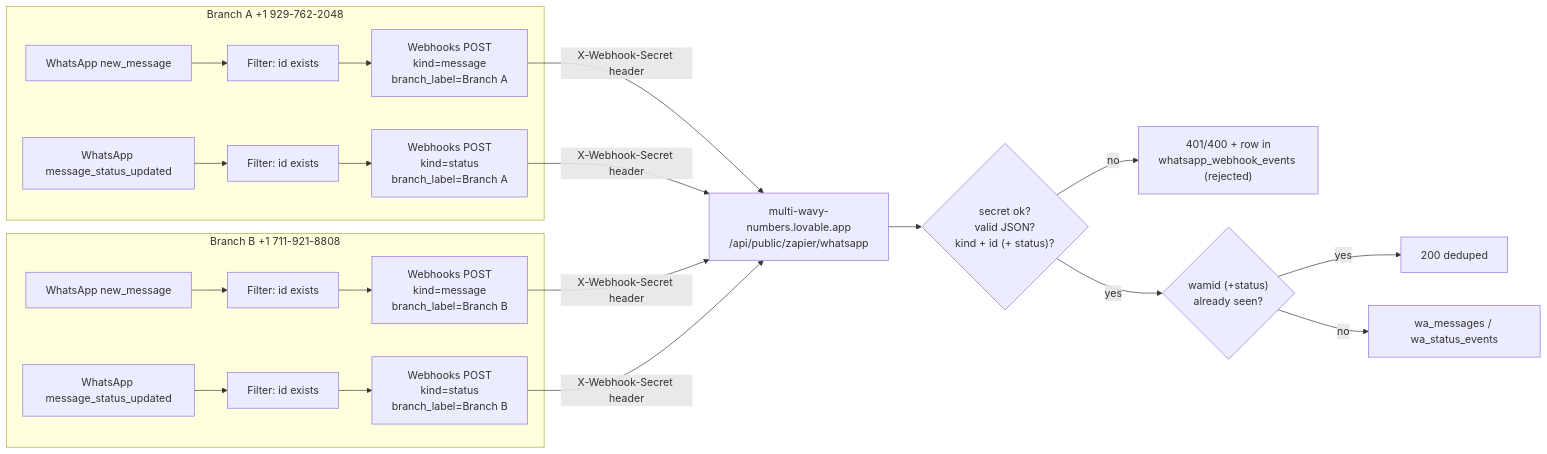
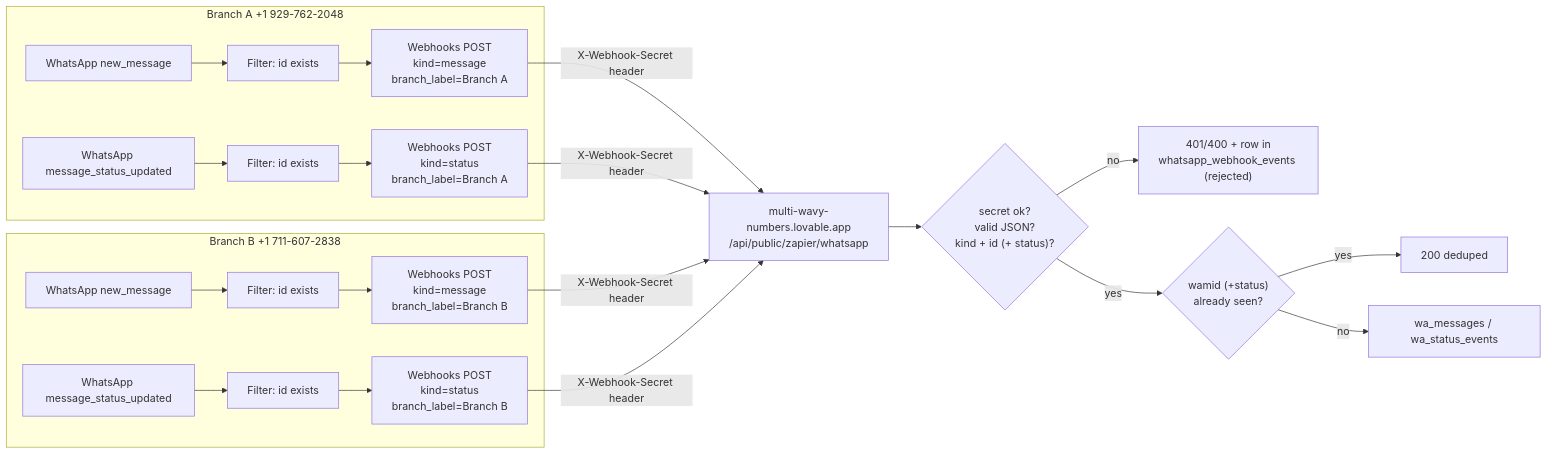
The second of 2 diagrams in multi-wavy-whatsapp-forwarder/README.md (work-flowers/zapier-sdk), drawn with Mermaid before and after one commit. The commit also changed other lines of this file and 7 other files, not shown here.

````diff
--- a/multi-wavy-whatsapp-forwarder/README.md
+++ b/multi-wavy-whatsapp-forwarder/README.md
@@ -30,17 +30,17 @@
 ```mermaid
 flowchart LR
     subgraph A["Branch A  +1 929-762-2048"]
         A1["WhatsApp new_message"] --> AF1["Filter: id exists"] --> AW1["Webhooks POST<br/>kind=message<br/>branch_label=Branch A"]
         A2["WhatsApp message_status_updated"] --> AF2["Filter: id exists"] --> AW2["Webhooks POST<br/>kind=status<br/>branch_label=Branch A"]
     end
-    subgraph B["Branch B  +1 711-921-8808"]
+    subgraph B["Branch B  +1 711-607-2838"]
         B1["WhatsApp new_message"] --> BF1["Filter: id exists"] --> BW1["Webhooks POST<br/>kind=message<br/>branch_label=Branch B"]
         B2["WhatsApp message_status_updated"] --> BF2["Filter: id exists"] --> BW2["Webhooks POST<br/>kind=status<br/>branch_label=Branch B"]
     end
     AW1 & AW2 & BW1 & BW2 -->|"X-Webhook-Secret header"| H["multi-wavy-numbers.lovable.app<br/>/api/public/zapier/whatsapp"]
     H --> V{"secret ok?<br/>valid JSON?<br/>kind + id (+ status)?"}
     V -->|no| R["401/400 + row in<br/>whatsapp_webhook_events (rejected)"]
     V -->|yes| D{"wamid (+status)<br/>already seen?"}
     D -->|yes| OK1["200 deduped"]
     D -->|no| S["wa_messages / wa_status_events"]
 ```
````
